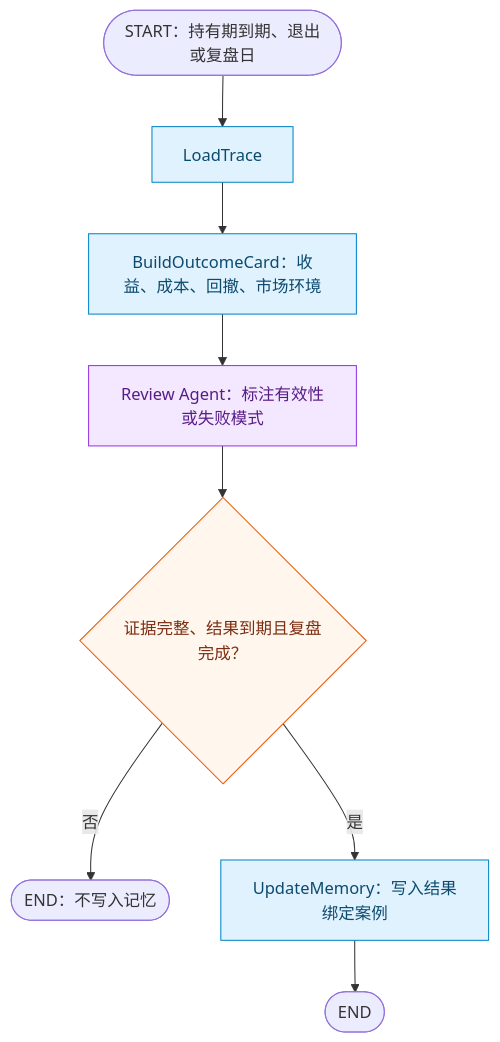
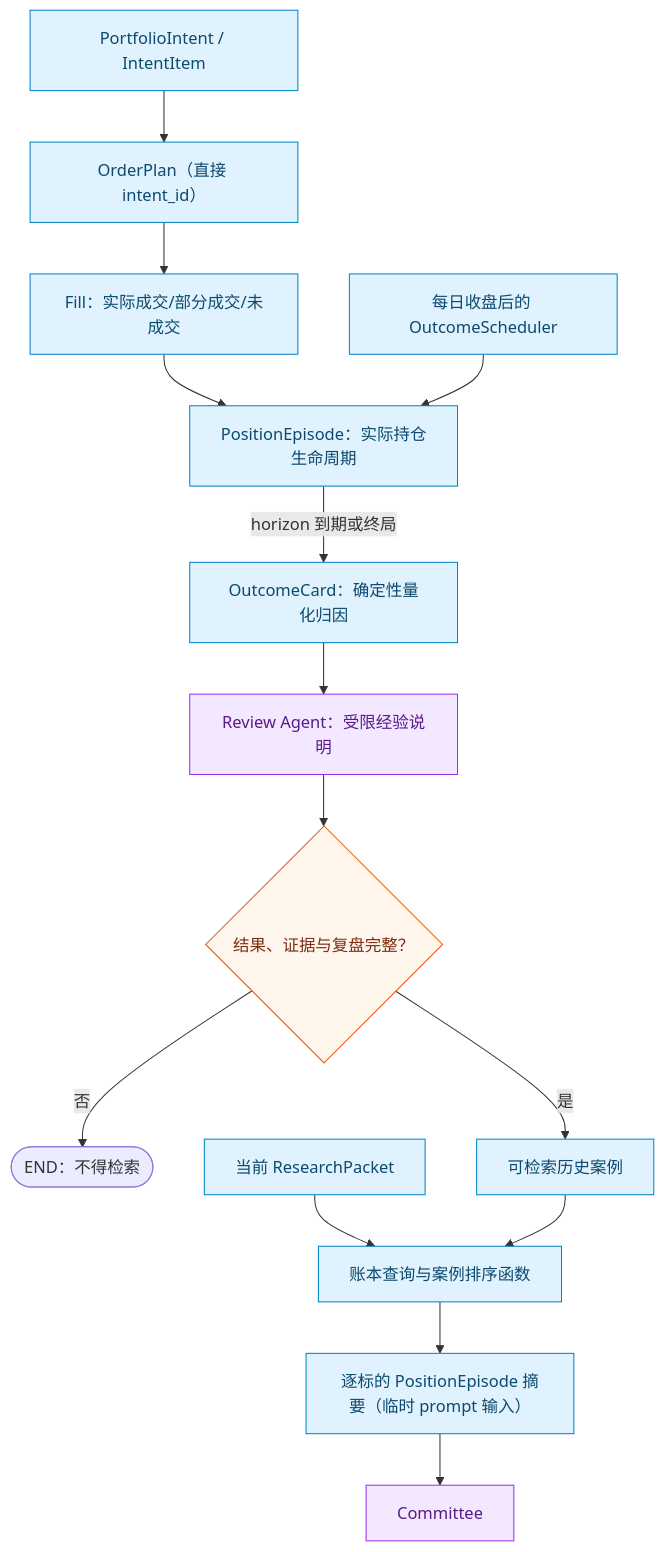
The third of 3 diagrams in docs/Plan.md (hhhx0613/Trader), drawn with Mermaid before and after one commit. The commit also changed other lines of this file and 65 other files, not shown here.

````diff
--- a/docs/Plan.md
+++ b/docs/Plan.md
@@ -308,16 +308,23 @@
 ```mermaid
 graph TD
-    S([START：持有期到期、退出或复盘日]) --> L["LoadTrace"]
-    L --> O["BuildOutcomeCard：收益、成本、回撤、市场环境"]
-    O --> R["Review Agent：标注有效性或失败模式"]
-    R --> G{"证据完整、结果到期且复盘完成？"}
-    G -->|否| E([END：不写入记忆])
-    G -->|是| M["UpdateMemory：写入结果绑定案例"] --> X([END])
+    I["PortfolioIntent / IntentItem"] --> P["OrderPlan（直接 intent_id）"]
+    P --> F["Fill：实际成交/部分成交/未成交"]
+    F --> E["PositionEpisode：实际持仓生命周期"]
+    D["每日收盘后的 OutcomeScheduler"] --> E
+    E -->|"horizon 到期或终局"| O["OutcomeCard：确定性量化归因"]
+    O --> R["Review Agent：受限经验说明"]
+    R --> G{"结果、证据与复盘完整？"}
+    G -->|否| X([END：不得检索])
+    G -->|是| C["可检索历史案例"]
+    Q["当前 ResearchPacket"] --> B["账本查询与案例排序函数"]
+    C --> B
+    B --> M["逐标的 PositionEpisode 摘要（临时 prompt 输入）"]
+    M --> K["Committee"]
 
     classDef program fill:#E0F2FE,stroke:#0284C7,color:#0C4A6E
     classDef agent fill:#F3E8FF,stroke:#9333EA,color:#581C87
     classDef gate fill:#FFF7ED,stroke:#EA580C,color:#7C2D12
-    class L,O,M program
-    class R agent
+    class I,P,F,E,D,O,C,Q,B,M program
+    class R,K agent
     class G gate
 ```
````
